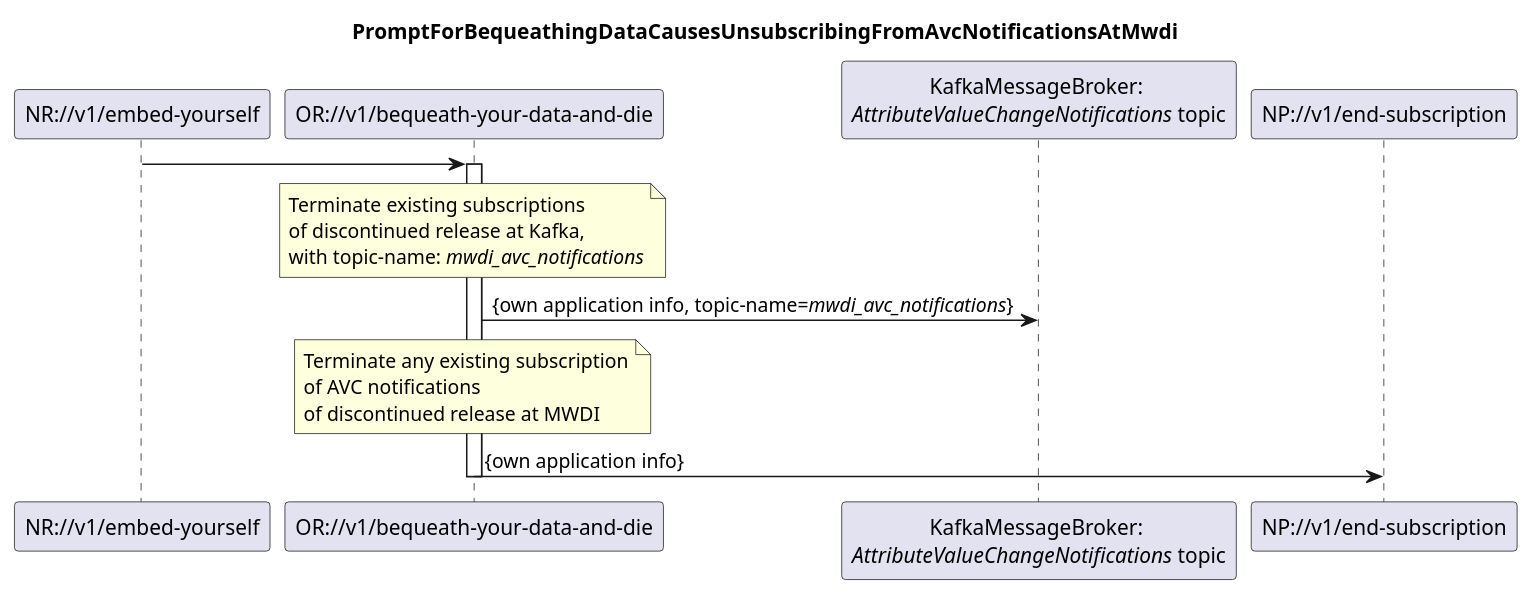
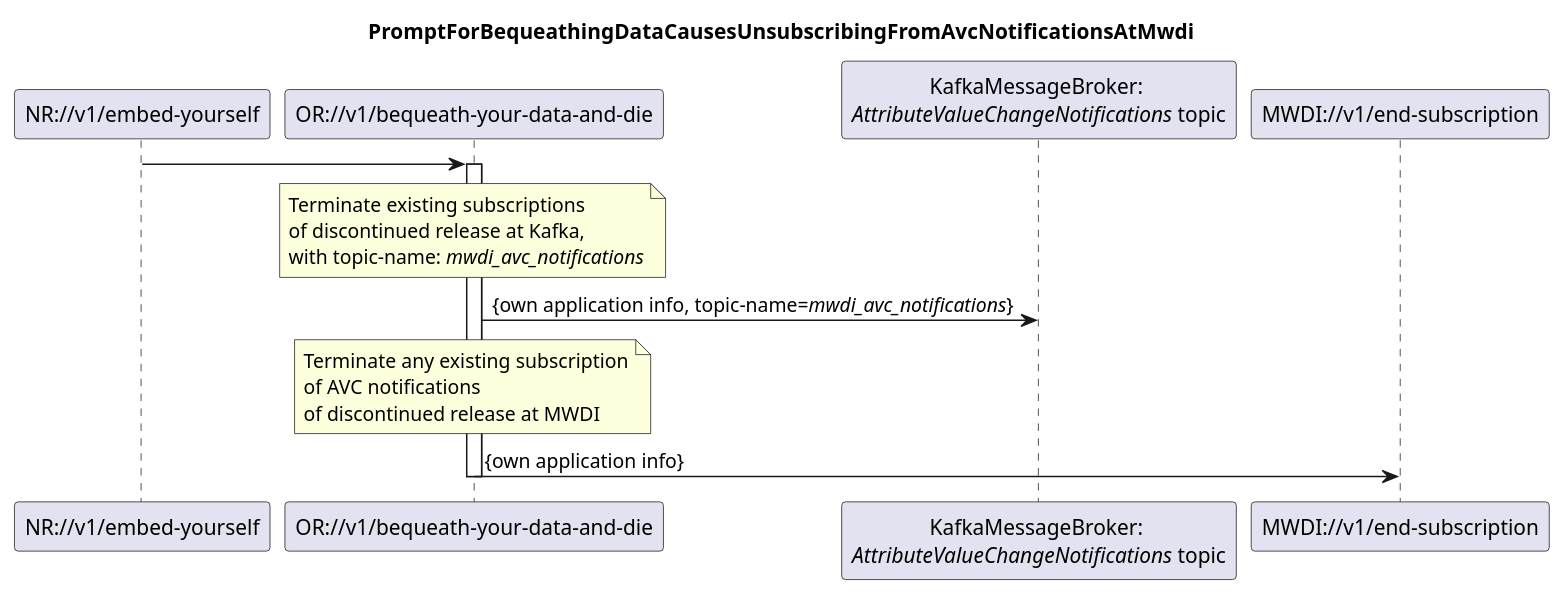
The diagram in spec/diagrams/09x_BequeathYourDataAndDie.plantuml (openBackhaul/DevicePerformanceManagementDataProcessor), drawn with PlantUML before and after one commit. The commit also changed 4 other files, not shown here.

```diff
--- a/spec/diagrams/09x_BequeathYourDataAndDie.plantuml
+++ b/spec/diagrams/09x_BequeathYourDataAndDie.plantuml
@@ -1,32 +1,32 @@
 @startuml 09x_BequeathYourDataAndDie
 skinparam responseMessageBelowArrow true
 
 title
   PromptForBequeathingDataCausesUnsubscribingFromAvcNotificationsAtMwdi
 end title
 
 participant "NR://v1/embed-yourself" as NewRelease
 participant "OR://v1/bequeath-your-data-and-die" as OldRelease
 participant "KafkaMessageBroker: \n<i>AttributeValueChangeNotifications</i> topic" as kafka
-participant "NP://v1/end-subscription" as mwdi
+participant "MWDI://v1/end-subscription" as mwdi
 
 NewRelease -> OldRelease
 activate OldRelease
 
 note over OldRelease
 Terminate existing subscriptions 
 of discontinued release at Kafka,
 with topic-name: <i>mwdi_avc_notifications</i>
 end note
 OldRelease -> kafka: {own application info, topic-name=<i>mwdi_avc_notifications</i>}
 
 note over OldRelease
 Terminate any existing subscription
 of AVC notifications 
 of discontinued release at MWDI
 end note
 OldRelease -> mwdi: {own application info}
 
 deactivate OldRelease
 
 @enduml
```
